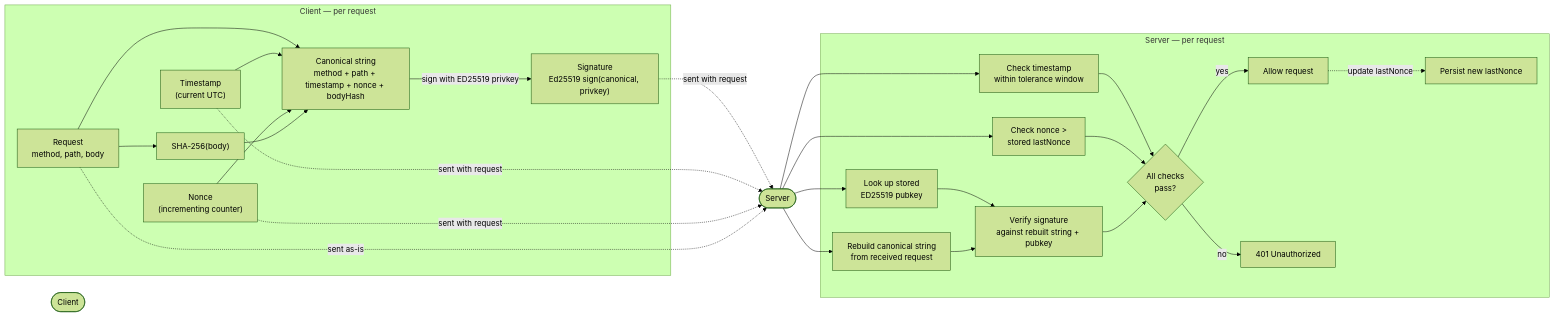
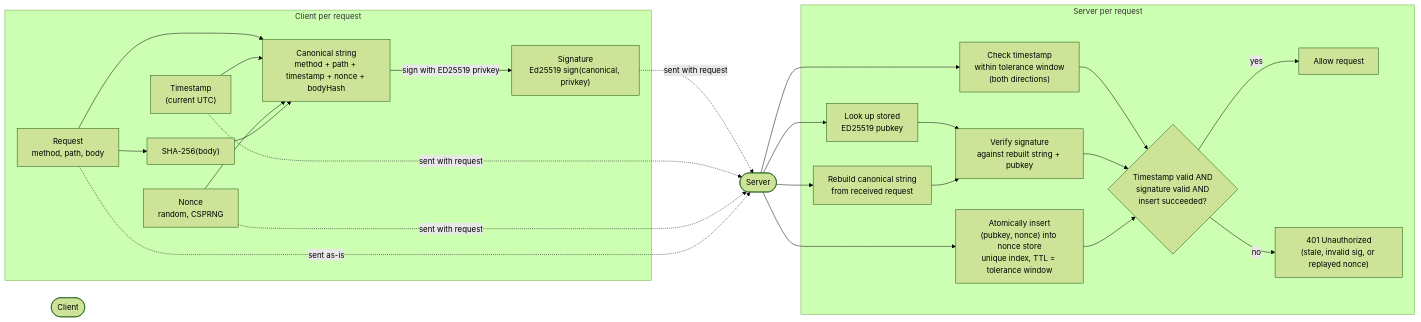
The second of 5 diagrams in v2.md (bitlab-tech/agent-system-data-security), drawn with Mermaid (forest theme) before and after one commit. The commit also changed other lines of this file, not shown here.

````diff
--- a/v2.md
+++ b/v2.md
@@ -117,51 +127,50 @@
 ```mermaid
 flowchart LR
     Client([Client])
     Server([Server])
 
-    subgraph ClientSide["Client — per request"]
+    subgraph ClientSide["Client per request"]
         Request["Request<br/>method, path, body"]
-        Nonce["Nonce<br/>(incrementing counter)"]
+        Nonce["Nonce<br/>random, CSPRNG"]
         Timestamp["Timestamp<br/>(current UTC)"]
         BodyHash["SHA-256(body)"]
         Canonical["Canonical string<br/>method + path + timestamp + nonce + bodyHash"]
         Signature["Signature<br/>Ed25519 sign(canonical, privkey)"]
 
         Request --> BodyHash
         Request --> Canonical
         Timestamp --> Canonical
         Nonce --> Canonical
         BodyHash --> Canonical
         Canonical -->|sign with ED25519 privkey| Signature
     end
 
     Signature -.->|sent with request| Server
     Timestamp -.->|sent with request| Server
     Nonce -.->|sent with request| Server
     Request -.->|sent as-is| Server
 
-    subgraph ServerSide["Server — per request"]
+    subgraph ServerSide["Server per request"]
         Lookup["Look up stored<br/>ED25519 pubkey"]
         Rebuild["Rebuild canonical string<br/>from received request"]
-        CheckTime["Check timestamp<br/>within tolerance window"]
-        CheckNonce["Check nonce ><br/>stored lastNonce"]
+        CheckTime["Check timestamp<br/>within tolerance window<br/>(both directions)"]
         Verify["Verify signature<br/>against rebuilt string + pubkey"]
-        Decision{"All checks<br/>pass?"}
+        InsertNonce["Atomically insert<br/>(pubkey, nonce) into nonce store<br/>unique index, TTL = tolerance window"]
+        Decision{"Timestamp valid AND<br/>signature valid AND<br/>insert succeeded?"}
         Allow["Allow request"]
-        Reject["401 Unauthorized"]
+        Reject["401 Unauthorized<br/>(stale, invalid sig, or replayed nonce)"]
 
         Lookup --> Verify
         Rebuild --> Verify
         CheckTime --> Decision
-        CheckNonce --> Decision
         Verify --> Decision
+        InsertNonce --> Decision
         Decision -->|yes| Allow
         Decision -->|no| Reject
-        Allow -.->|update lastNonce| UpdateNonce["Persist new lastNonce"]
     end
 
     Server --> Lookup
     Server --> Rebuild
     Server --> CheckTime
-    Server --> CheckNonce
+    Server --> InsertNonce
 ```
````
